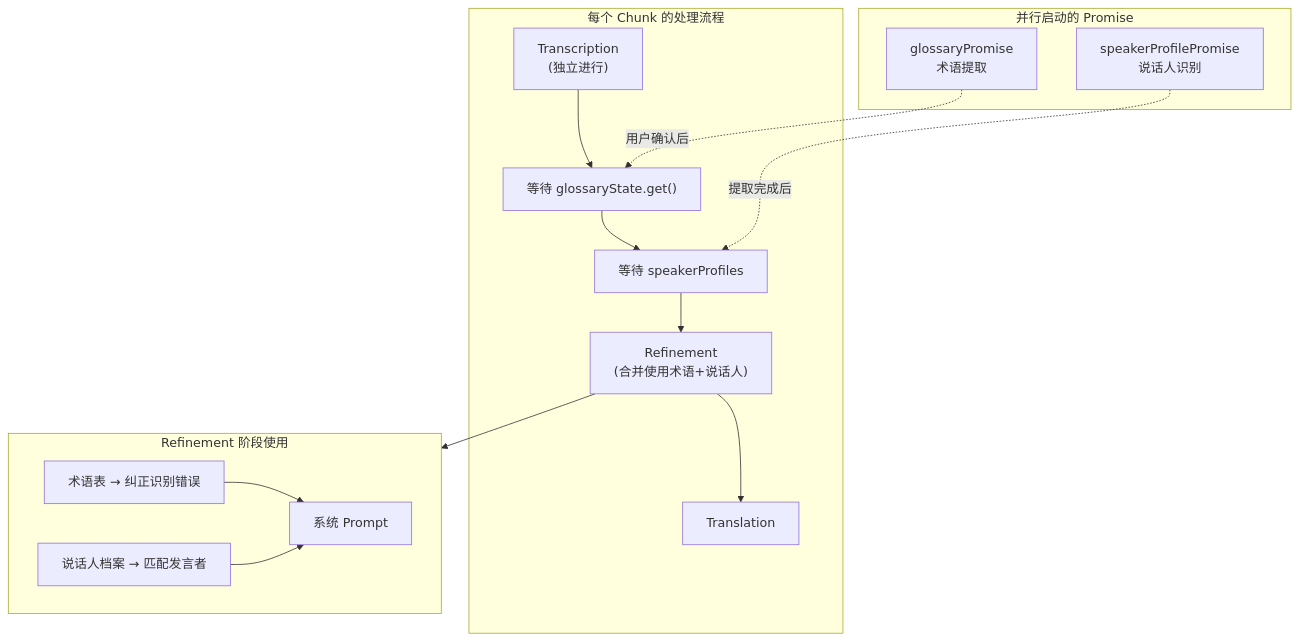
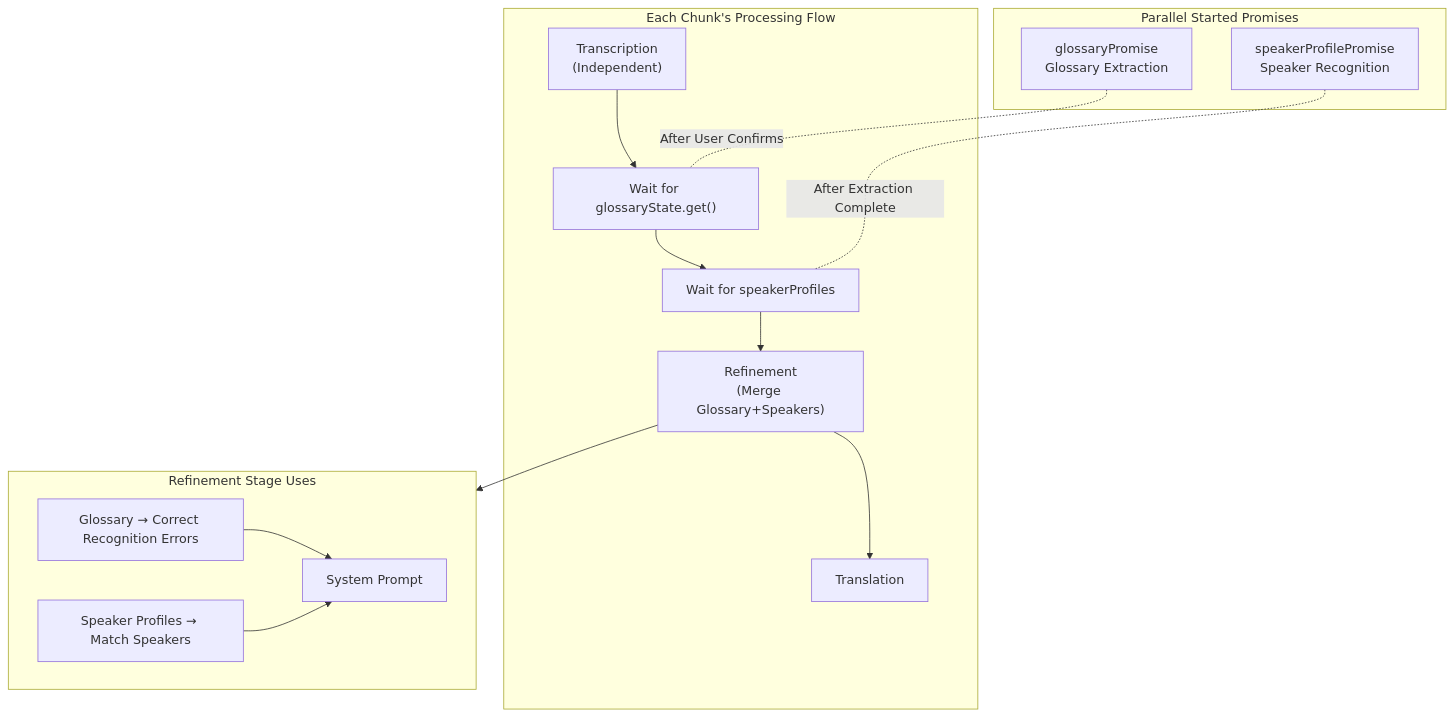
Before and after one commit to corvo007/MioSub: the eighth of 14 diagrams in docs/ARCHITECTURE.md, drawn with Mermaid. The commit also changed other lines of this file and 3 other files, not shown here.

First line of the commit message:
docs: add bilingual README and ARCHITECTURE documentation

````diff
--- a/docs/ARCHITECTURE.md
+++ b/docs/ARCHITECTURE.md
@@ -626,32 +628,32 @@
 ```mermaid
 flowchart TB
-    subgraph PARALLEL["并行启动的 Promise"]
-        GP["glossaryPromise<br/>术语提取"]
-        SP["speakerProfilePromise<br/>说话人识别"]
+    subgraph PARALLEL["Parallel Started Promises"]
+        GP["glossaryPromise<br/>Glossary Extraction"]
+        SP["speakerProfilePromise<br/>Speaker Recognition"]
     end
 
-    subgraph CHUNK["每个 Chunk 的处理流程"]
-        T["Transcription<br/>(独立进行)"]
-        WG["等待 glossaryState.get()"]
-        WS["等待 speakerProfiles"]
-        R["Refinement<br/>(合并使用术语+说话人)"]
+    subgraph CHUNK["Each Chunk's Processing Flow"]
+        T["Transcription<br/>(Independent)"]
+        WG["Wait for glossaryState.get()"]
+        WS["Wait for speakerProfiles"]
+        R["Refinement<br/>(Merge Glossary+Speakers)"]
         TR["Translation"]
 
         T --> WG
         WG --> WS
         WS --> R
         R --> TR
     end
 
-    GP -.->|"用户确认后"| WG
-    SP -.->|"提取完成后"| WS
+    GP -.-|"After User Confirms"| WG
+    SP -.-|"After Extraction Complete"| WS
 
-    subgraph REFINEMENT["Refinement 阶段使用"]
-        G["术语表 → 纠正识别错误"]
-        S["说话人档案 → 匹配发言者"]
-        G --> PROMPT["系统 Prompt"]
+    subgraph REFINEMENT["Refinement Stage Uses"]
+        G["Glossary → Correct Recognition Errors"]
+        S["Speaker Profiles → Match Speakers"]
+        G --> PROMPT["System Prompt"]
         S --> PROMPT
     end
 
     R --> REFINEMENT
 ```
````
